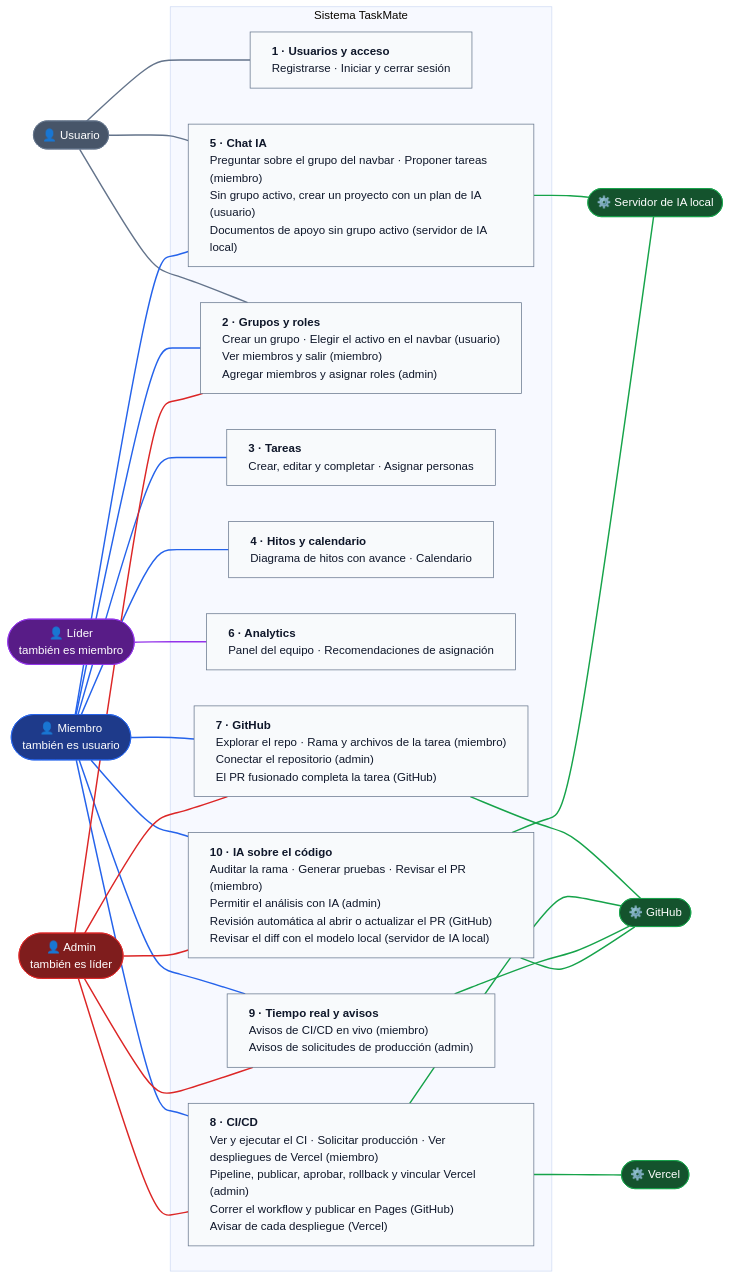
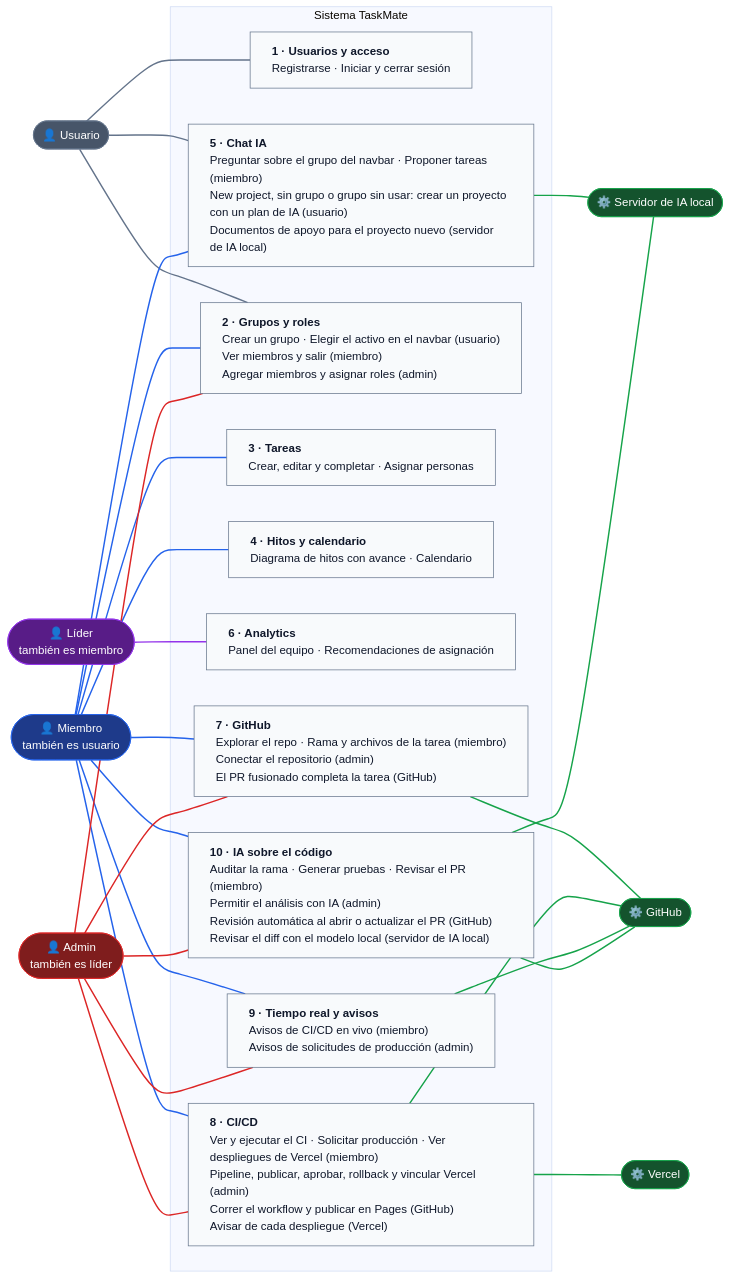
Before and after one commit to PabloP150/proyecto-is-cc6: the diagram in documentacion/04-casos-de-uso/00-general.md, drawn with Mermaid (base theme). The commit also changed other lines of this file and 40 other files, not shown here.

Commit message:
docs: document New project mode, unused groups, one chat per project and 2163 tests

````diff
--- a/documentacion/04-casos-de-uso/00-general.md
+++ b/documentacion/04-casos-de-uso/00-general.md
@@ -5,55 +5,55 @@
 ```mermaid
 %%{init: {"flowchart": {"wrappingWidth": 420}}}%%
 flowchart LR
     U(["👤 Usuario"])
     M(["👤 Miembro<br/>también es usuario"])
     L(["👤 Líder<br/>también es miembro"])
     A(["👤 Admin<br/>también es líder"])
 
     subgraph TM["Sistema TaskMate"]
         P1["<b>1 · Usuarios y acceso</b><br/>Registrarse · Iniciar y cerrar sesión"]
-        P5["<b>5 · Chat IA</b><br/>Preguntar sobre el grupo del navbar · Proponer tareas (miembro)<br/>Sin grupo activo, crear un proyecto con un plan de IA (usuario)<br/>Documentos de apoyo sin grupo activo (servidor de IA local)"]
+        P5["<b>5 · Chat IA</b><br/>Preguntar sobre el grupo del navbar · Proponer tareas (miembro)<br/>New project, sin grupo o grupo sin usar: crear un proyecto con un plan de IA (usuario)<br/>Documentos de apoyo para el proyecto nuevo (servidor de IA local)"]
         P2["<b>2 · Grupos y roles</b><br/>Crear un grupo · Elegir el activo en el navbar (usuario)<br/>Ver miembros y salir (miembro)<br/>Agregar miembros y asignar roles (admin)"]
         P3["<b>3 · Tareas</b><br/>Crear, editar y completar · Asignar personas"]
         P4["<b>4 · Hitos y calendario</b><br/>Diagrama de hitos con avance · Calendario"]
         P6["<b>6 · Analytics</b><br/>Panel del equipo · Recomendaciones de asignación"]
         P7["<b>7 · GitHub</b><br/>Explorar el repo · Rama y archivos de la tarea (miembro)<br/>Conectar el repositorio (admin)<br/>El PR fusionado completa la tarea (GitHub)"]
         P8["<b>8 · CI/CD</b><br/>Ver y ejecutar el CI · Solicitar producción · Ver despliegues de Vercel (miembro)<br/>Pipeline, publicar, aprobar, rollback y vincular Vercel (admin)<br/>Correr el workflow y publicar en Pages (GitHub)<br/>Avisar de cada despliegue (Vercel)"]
         P9["<b>9 · Tiempo real y avisos</b><br/>Avisos de CI/CD en vivo (miembro)<br/>Avisos de solicitudes de producción (admin)"]
         P10["<b>10 · IA sobre el código</b><br/>Auditar la rama · Generar pruebas · Revisar el PR (miembro)<br/>Permitir el análisis con IA (admin)<br/>Revisión automática al abrir o actualizar el PR (GitHub)<br/>Revisar el diff con el modelo local (servidor de IA local)"]
     end
 
     GH(["⚙️ GitHub"])
     VC(["⚙️ Vercel"])
     AIS(["⚙️ Servidor de IA local"])
 
     U --- P1 & P5 & P2
     M --- P5 & P2 & P3 & P4 & P7 & P8 & P9 & P10
     L --- P6
     A --- P2 & P7 & P8 & P9 & P10
     P7 --- GH
     P8 --- GH
     P9 --- GH
     P10 --- GH
     P8 --- VC
     P5 --- AIS
     P10 --- AIS
 
     linkStyle 0,1,2 stroke:#64748b,stroke-width:2px
     linkStyle 3,4,5,6,7,8,9,10 stroke:#2563eb,stroke-width:2px
     linkStyle 11 stroke:#9333ea,stroke-width:2px
     linkStyle 12,13,14,15,16 stroke:#dc2626,stroke-width:2px
     linkStyle 17,18,19,20,21,22,23 stroke:#16a34a,stroke-width:2px
     classDef usr fill:#475569,stroke:#64748b,color:#ffffff
     classDef mem fill:#1e3a8a,stroke:#2563eb,color:#ffffff
     classDef lead fill:#581c87,stroke:#9333ea,color:#ffffff
     classDef adm fill:#7f1d1d,stroke:#dc2626,color:#ffffff
     classDef ext fill:#14532d,stroke:#16a34a,color:#ffffff
     classDef pkg fill:#f8fafc,stroke:#64748b,color:#0f172a,text-align:left
     class U usr
     class M mem
     class L lead
     class A adm
     class GH,VC,AIS ext
     class P1,P2,P3,P4,P5,P6,P7,P8,P9,P10 pkg
 ```
````
